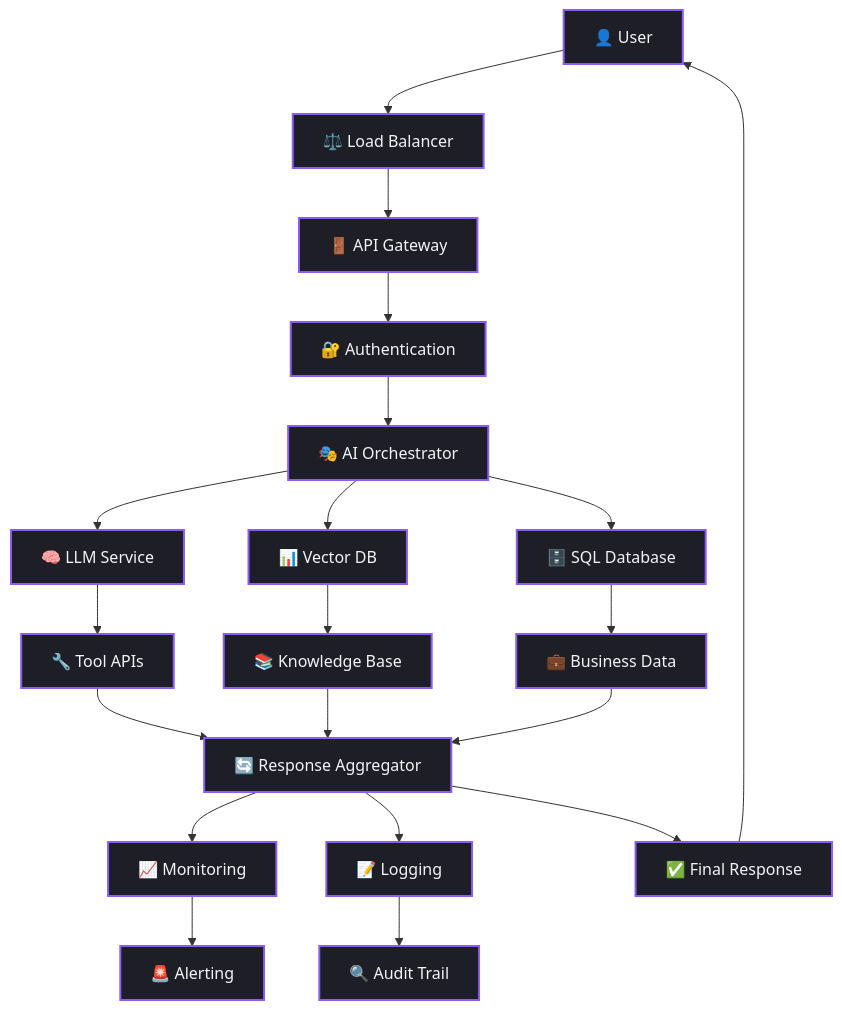
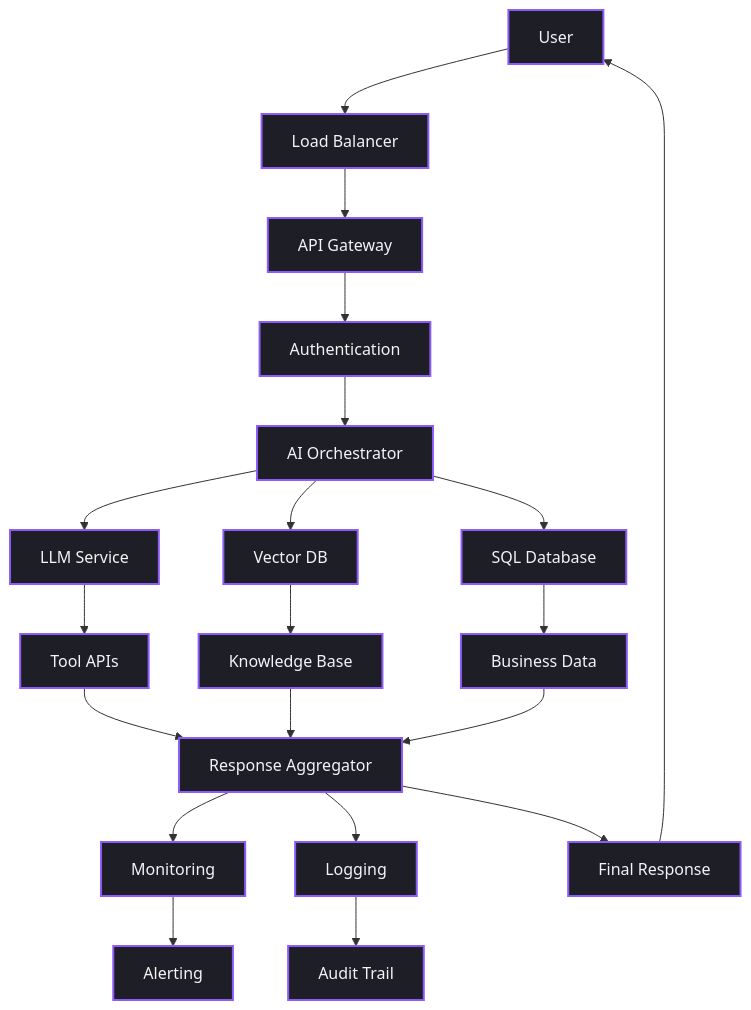
The seventh of 7 diagrams in handbook/chapter_33.md (Rabetul-islam-asif/AI-Hand-Book), drawn with Mermaid before and after one commit. The commit also changed other lines of this file and 1 other file, not shown here.

````diff
--- a/handbook/chapter_33.md
+++ b/handbook/chapter_33.md
@@ -221,24 +221,24 @@
 ```mermaid
 flowchart TD
-    A["👤 User"] --> B["⚖️ Load Balancer"]
-    B --> C["🚪 API Gateway"]
-    C --> D["🔐 Authentication"]
-    D --> E["🎭 AI Orchestrator"]
-    E --> F["🧠 LLM Service"]
-    E --> G["📊 Vector DB"]
-    E --> H["🗄️ SQL Database"]
-    F --> I["🔧 Tool APIs"]
-    G --> J["📚 Knowledge Base"]
-    H --> K["💼 Business Data"]
-    I --> L["🔄 Response Aggregator"]
+    A[" User"] --> B[" Load Balancer"]
+    B --> C[" API Gateway"]
+    C --> D[" Authentication"]
+    D --> E[" AI Orchestrator"]
+    E --> F[" LLM Service"]
+    E --> G[" Vector DB"]
+    E --> H[" SQL Database"]
+    F --> I[" Tool APIs"]
+    G --> J[" Knowledge Base"]
+    H --> K[" Business Data"]
+    I --> L[" Response Aggregator"]
     J --> L
     K --> L
-    L --> M["📈 Monitoring"]
-    L --> N["📝 Logging"]
-    M --> O["🚨 Alerting"]
-    N --> P["🔍 Audit Trail"]
-    L --> Q["✅ Final Response"]
+    L --> M[" Monitoring"]
+    L --> N[" Logging"]
+    M --> O[" Alerting"]
+    N --> P[" Audit Trail"]
+    L --> Q[" Final Response"]
     Q --> A
 
     classDef default fill:#1E1E26,stroke:#8B5CF6,stroke-width:2px,color:#F3F4F6;
 ```
````
